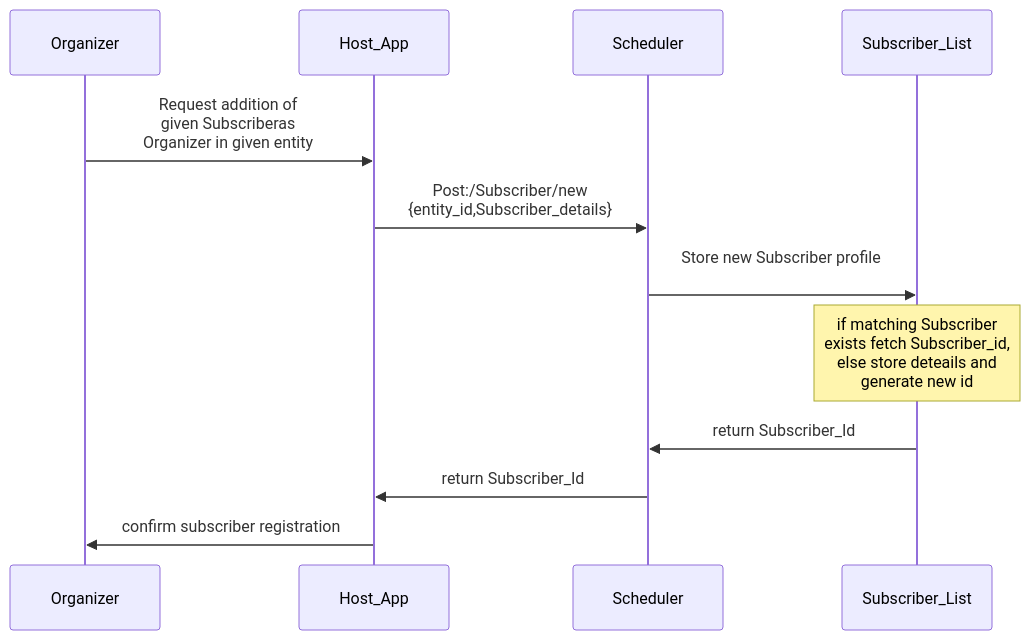
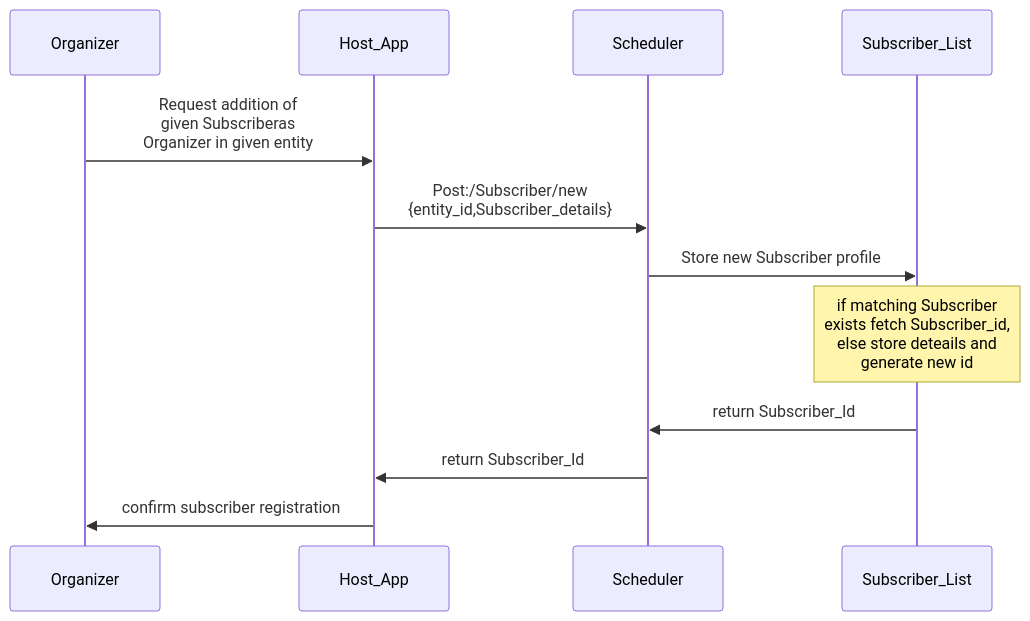
One commit to GovStackWorkingGroup/scheduler changed diagram 14 of 14 in spec/9-workflows.md. Above: the diagram before and after it, drawn with Mermaid.

Commit message:
GITBOOK-73: change request with no subject merged in GitBook

````diff
--- a/spec/9-workflows.md
+++ b/spec/9-workflows.md
@@ -330,11 +330,11 @@
 ```mermaid
 sequenceDiagram
 Organizer->>Host_App:Request addition of<br> given Subscriberas<br> Organizer in given entity
 Host_App->>Scheduler:Post:/Subscriber/new<br>{entity_id,Subscriber_details}
-Scheduler->>Subscriber_List: Store new Subscriber profile<br>
+Scheduler->>Subscriber_List: Store new Subscriber profile
 note over Subscriber_List: if matching Subscriber<br> exists fetch Subscriber_id,<br> else store deteails and<br> generate new id 
 Subscriber_List->>Scheduler: return Subscriber_Id
 Scheduler->>Host_App: return Subscriber_Id
 Host_App->>Organizer: confirm subscriber registration
 
 ```
````
